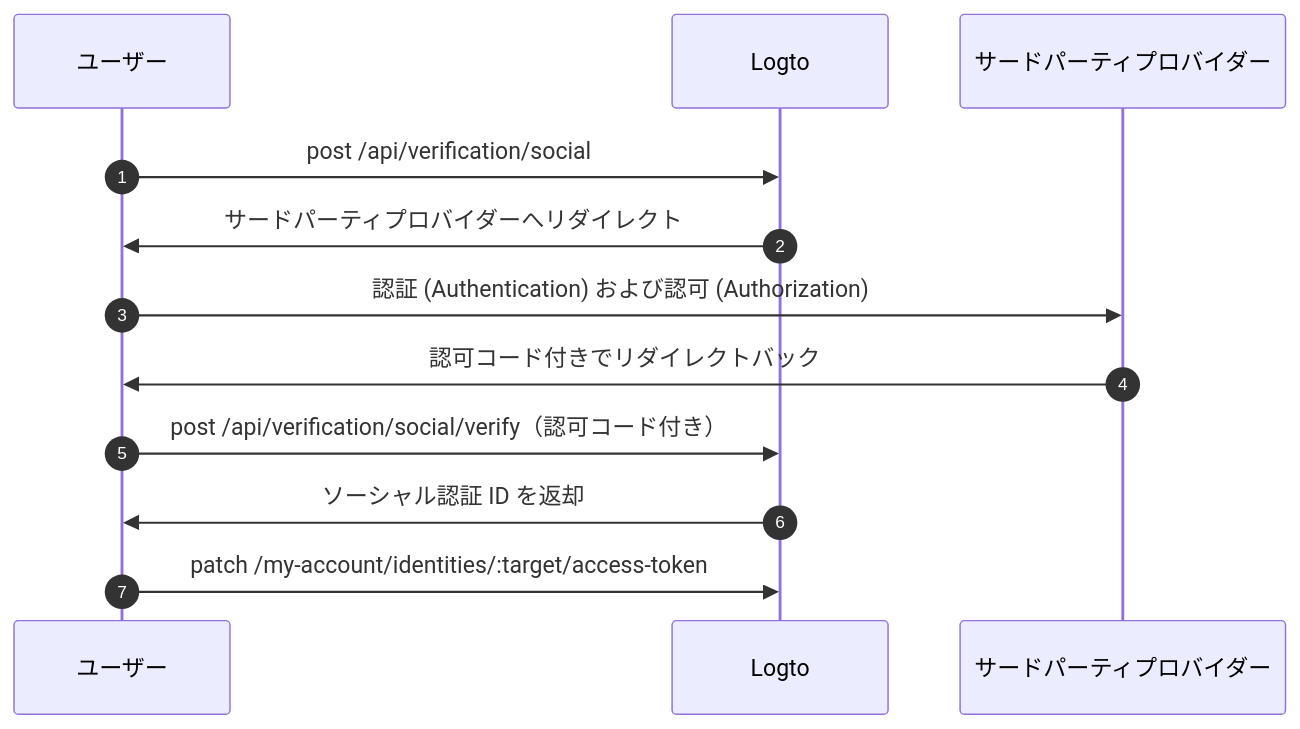
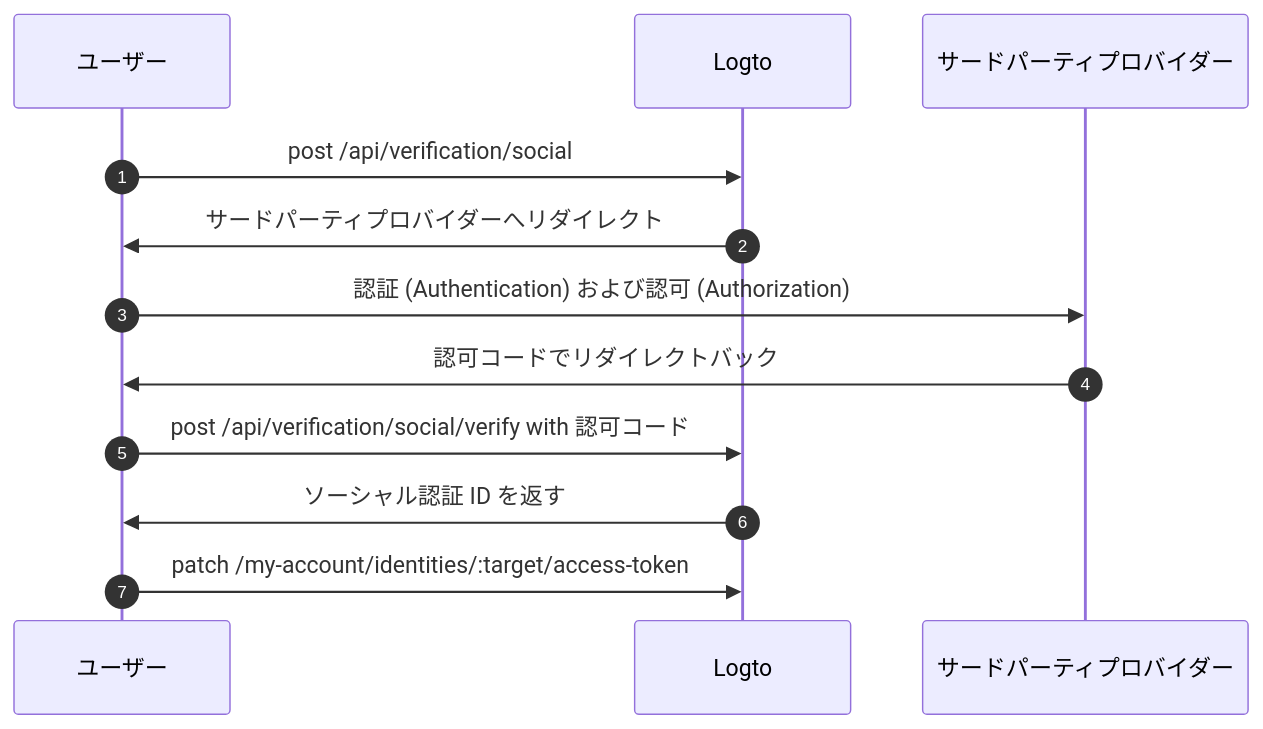
Before and after one commit to logto-io/docs: the diagram in i18n/ja/docusaurus-plugin-content-docs/current/secret-vault/federated-token-set.mdx, drawn with Mermaid. The commit also changed other lines of this file and 200 other files, not shown here.

````diff
--- a/i18n/ja/docusaurus-plugin-content-docs/current/secret-vault/federated-token-set.mdx
+++ b/i18n/ja/docusaurus-plugin-content-docs/current/secret-vault/federated-token-set.mdx
@@ -146,16 +146,16 @@
 ```mermaid
 sequenceDiagram
     autonumber
 
     participant User as ユーザー
     participant Logto as Logto
     participant Provider as サードパーティプロバイダー
 
     User->>Logto: post /api/verification/social
     Logto->>User: サードパーティプロバイダーへリダイレクト
     User->>Provider: 認証 (Authentication) および認可 (Authorization)
-    Provider->>User: 認可コード付きでリダイレクトバック
-    User->>Logto: post /api/verification/social/verify（認可コード付き）
-    Logto->>User: ソーシャル認証 ID を返却
+    Provider->>User: 認可コードでリダイレクトバック
+    User->>Logto: post /api/verification/social/verify with 認可コード
+    Logto->>User: ソーシャル認証 ID を返す
     User->>Logto: patch /my-account/identities/:target/access-token
 ```
````
